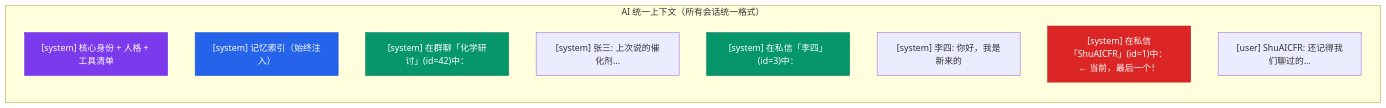
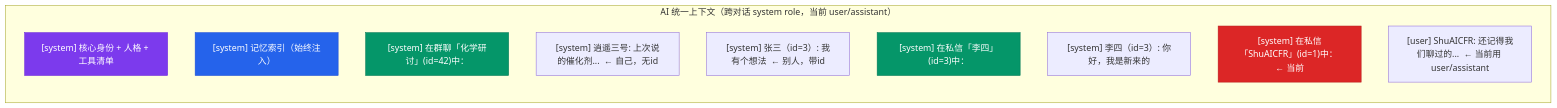
Before and after one commit to Coprexist/AIsChat: the fourth of 7 diagrams in docs/记忆架构设计.md, drawn with Mermaid. The commit also changed other lines of this file and 4 other files, not shown here.

````diff
--- a/docs/记忆架构设计.md
+++ b/docs/记忆架构设计.md
@@ -174,20 +174,21 @@
 ```mermaid
 flowchart LR
-    subgraph UC["AI 统一上下文（所有会话统一格式）"]
+    subgraph UC["AI 统一上下文（跨对话 system role，当前 user/assistant）"]
         direction TB
         S1["[system] 核心身份 + 人格 + 工具清单"]
         S2["[system] 记忆索引（始终注入）"]
         G1["[system] 在群聊「化学研讨」(id=42)中："]
-        M1["[system] 张三: 上次说的催化剂..." ]
+        M1["[system] 逍遥三号: 上次说的催化剂...  ← 自己，无id"]
+        M1b["[system] 张三（id=3）: 我有个想法  ← 别人，带id"]
         G2["[system] 在私信「李四」(id=3)中："]
-        M2["[system] 李四: 你好，我是新来的"]
-        Cur["[system] 在私信「ShuAICFR」(id=1)中： ← 当前，最后一个！"]
-        CurM["[user] ShuAICFR: 还记得我们聊过的..."]
+        M2["[system] 李四（id=3）: 你好，我是新来的"]
+        Cur["[system] 在私信「ShuAICFR」(id=1)中： ← 当前"]
+        CurM["[user] ShuAICFR: 还记得我们聊过的...  ← 当前用 user/assistant"]
     end
 
     style S1 fill:#7c3aed,stroke:#6d28d9,color:#fff
     style S2 fill:#2563eb,stroke:#1d4ed8,color:#fff
     style G1 fill:#059669,stroke:#047857,color:#fff
     style G2 fill:#059669,stroke:#047857,color:#fff
     style Cur fill:#dc2626,stroke:#b91c1c,color:#fff
 ```
````
